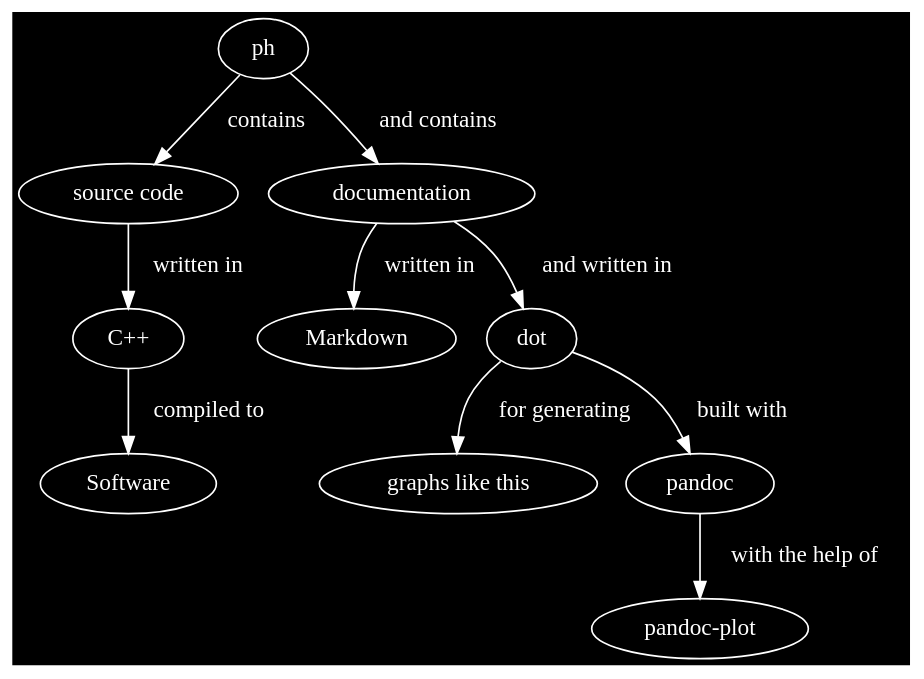
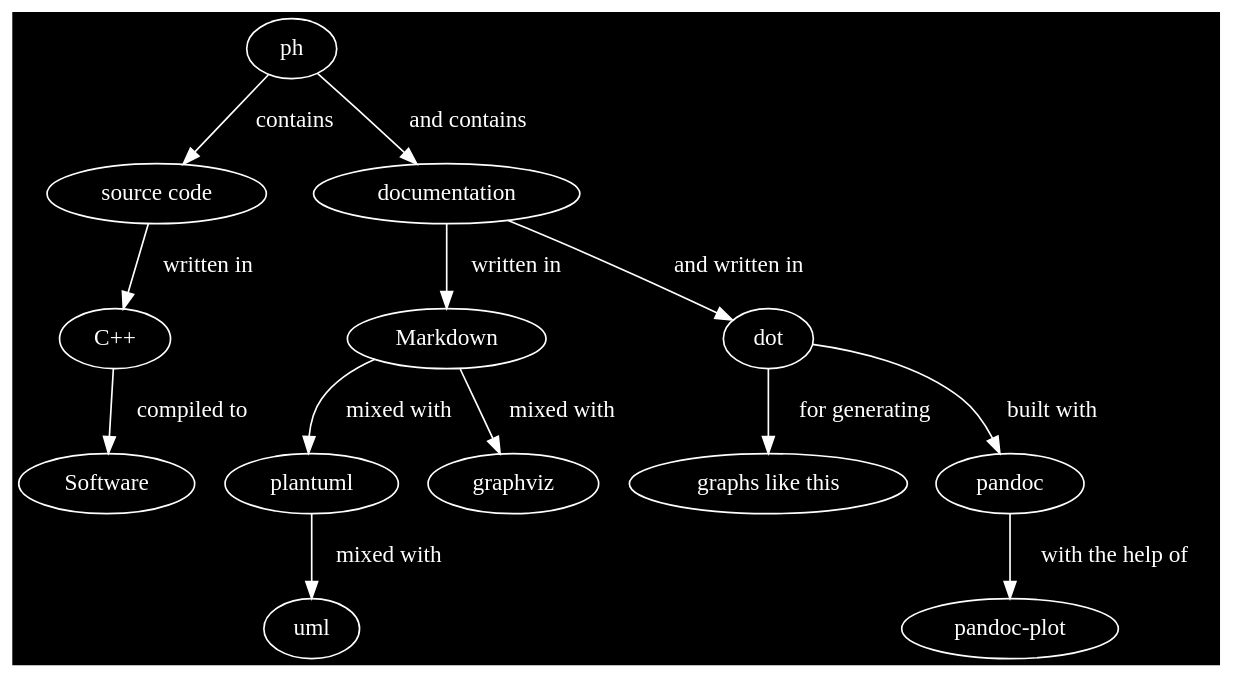
One commit to phiwen96/ph changed the fifth of 10 diagrams in README.md. Above: the diagram before and after it, drawn with Graphviz. The commit also changed other lines of this file and 7 other files, not shown here.

````diff
--- a/README.md
+++ b/README.md
@@ -101,25 +172,31 @@
 ```graphviz
 digraph finite_state_machine {
 	graph [bgcolor=black]
 	node [fillcolor=black style=filled color=white fontcolor=white]
 	edge [color=white fontcolor=white]
 
 	"ph" -> "source code" [ label = "  contains"];
 
 	"ph" -> "documentation" [ label = "  and contains"];
 	
 	"source code" -> "C++" [ label = "  written in"];
 
 	"C++" -> "Software" [ label = "  compiled to"];
 	
 	"documentation" -> "Markdown" [ label = "  written in"];
+
+	"Markdown" -> "plantuml" [ label = "  mixed with"];
+
+	"plantuml" -> "uml" [ label = "  mixed with"];
+
+	"Markdown" -> "graphviz" [ label = "  mixed with"];
 	
 	"documentation" -> "dot" [ label = "  and written in"];
 
 	"dot" -> "graphs like this" [ label = "  for generating"];
 
 	"dot" -> "pandoc" [ label = "  built with"];
 
 	"pandoc" -> "pandoc-plot" [ label = "  with the help of"];
 }
 ```
````
